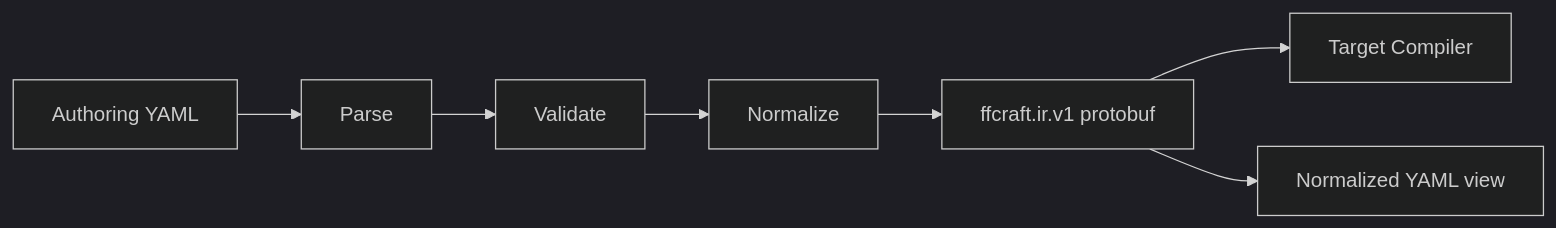
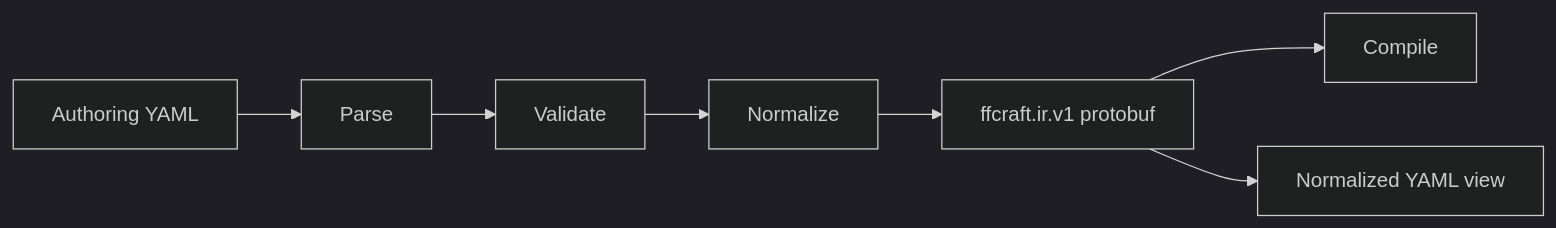
The second of 2 diagrams in README.md (satorunooshie/ffcraft), drawn with Mermaid (dark theme) before and after one commit. The commit also changed other lines of this file, not shown here.

Commit message:
README: clarify architecture and compiler pipeline

````diff
--- a/README.md
+++ b/README.md
@@ -12,9 +135,10 @@
 ```mermaid
 flowchart LR
     A[Authoring YAML] --> B[Parse]
     B --> C[Validate]
     C --> D[Normalize]
     D --> E[ffcraft.ir.v1 protobuf]
-    E --> F[Target Compiler]
+
+    E --> F[Compile]
     E --> G[Normalized YAML view]
 ```
````
